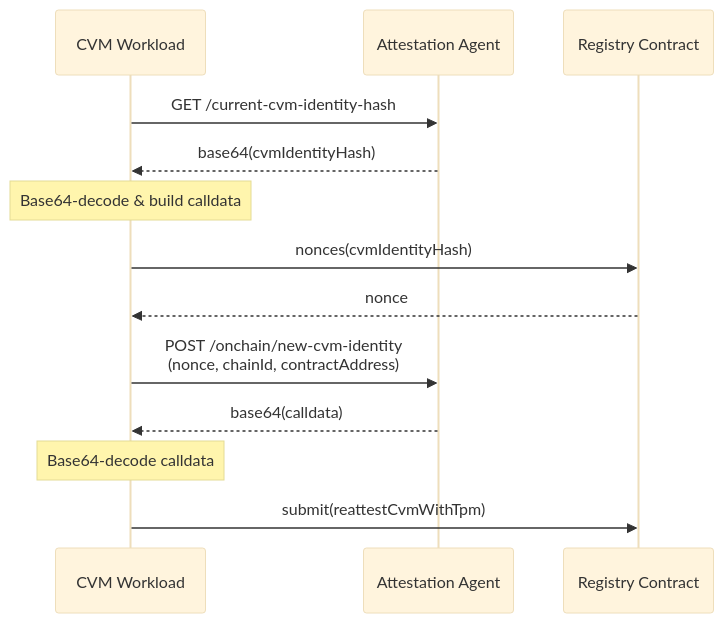
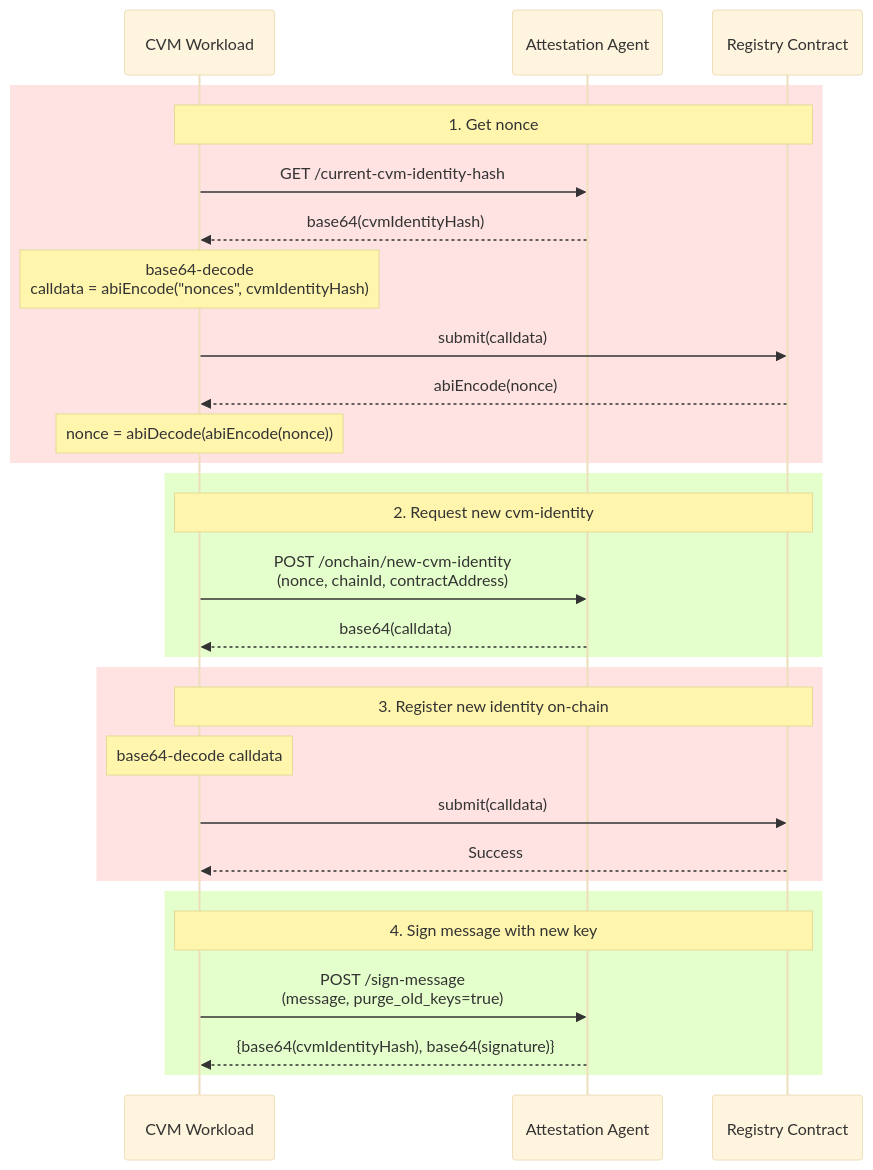
Before and after one commit to nuconstruct-ltd/automata-linux: the fourth of 4 diagrams in docs/onchain-workflows.md, drawn with Mermaid (base theme). The commit also changed other lines of this file and 1 other file, not shown here.

````diff
--- a/docs/onchain-workflows.md
+++ b/docs/onchain-workflows.md
@@ -52,16 +60,36 @@
 ```mermaid
 sequenceDiagram
     participant CVM as CVM Workload
     participant AA as Attestation Agent
     participant RC as Registry Contract
 
-    CVM->>AA: GET /current-cvm-identity-hash
-    AA-->>CVM: base64(cvmIdentityHash)
-    note over CVM: Base64-decode & build calldata
-    CVM->>RC: nonces(cvmIdentityHash)
-    RC-->>CVM: nonce
-    CVM->>AA: POST /onchain/new-cvm-identity<br/>(nonce, chainId, contractAddress)
-    AA-->>CVM: base64(calldata)
-    note over CVM: Base64-decode calldata
-    CVM->>RC: submit(reattestCvmWithTpm)
+    rect rgb(255,226,226)
+        Note over CVM,RC: 1. Get nonce
+        CVM->>AA: GET /current-cvm-identity-hash
+        AA-->>CVM: base64(cvmIdentityHash)
+        note over CVM: base64-decode <br/> calldata = abiEncode("nonces", cvmIdentityHash)
+        CVM->>RC: submit(calldata)
+        RC-->>CVM: abiEncode(nonce)
+        note over CVM: nonce = abiDecode(abiEncode(nonce))
+    end
+
+    rect rgb(229,255,204)
+        Note over CVM,RC: 2. Request new cvm-identity
+        CVM->>AA: POST /onchain/new-cvm-identity<br/>(nonce, chainId, contractAddress)
+        AA-->>CVM: base64(calldata)
+    end
+
+    rect rgb(255,226,226)
+        Note over CVM,RC: 3. Register new identity on-chain
+        note over CVM: base64-decode calldata
+        CVM->>RC: submit(calldata)
+        RC-->>CVM: Success
+    end
+
+    rect rgb(229,255,204)
+        Note over CVM, RC: 4. Sign message with new key
+        CVM->>AA: POST /sign-message <br/>(message, purge_old_keys=true)
+        AA-->>CVM: {base64(cvmIdentityHash), base64(signature)}
+    end
+
 ```
````
